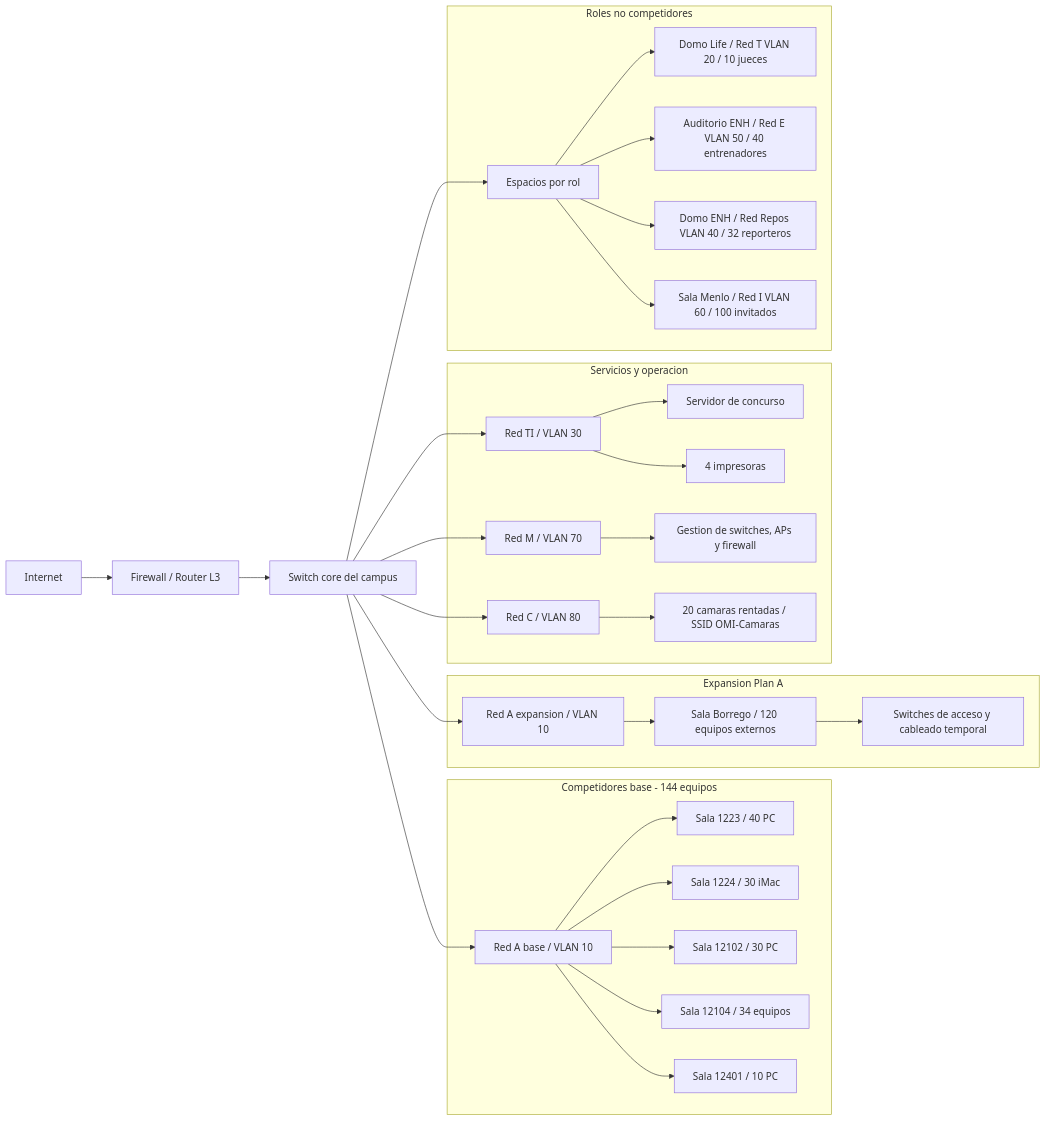
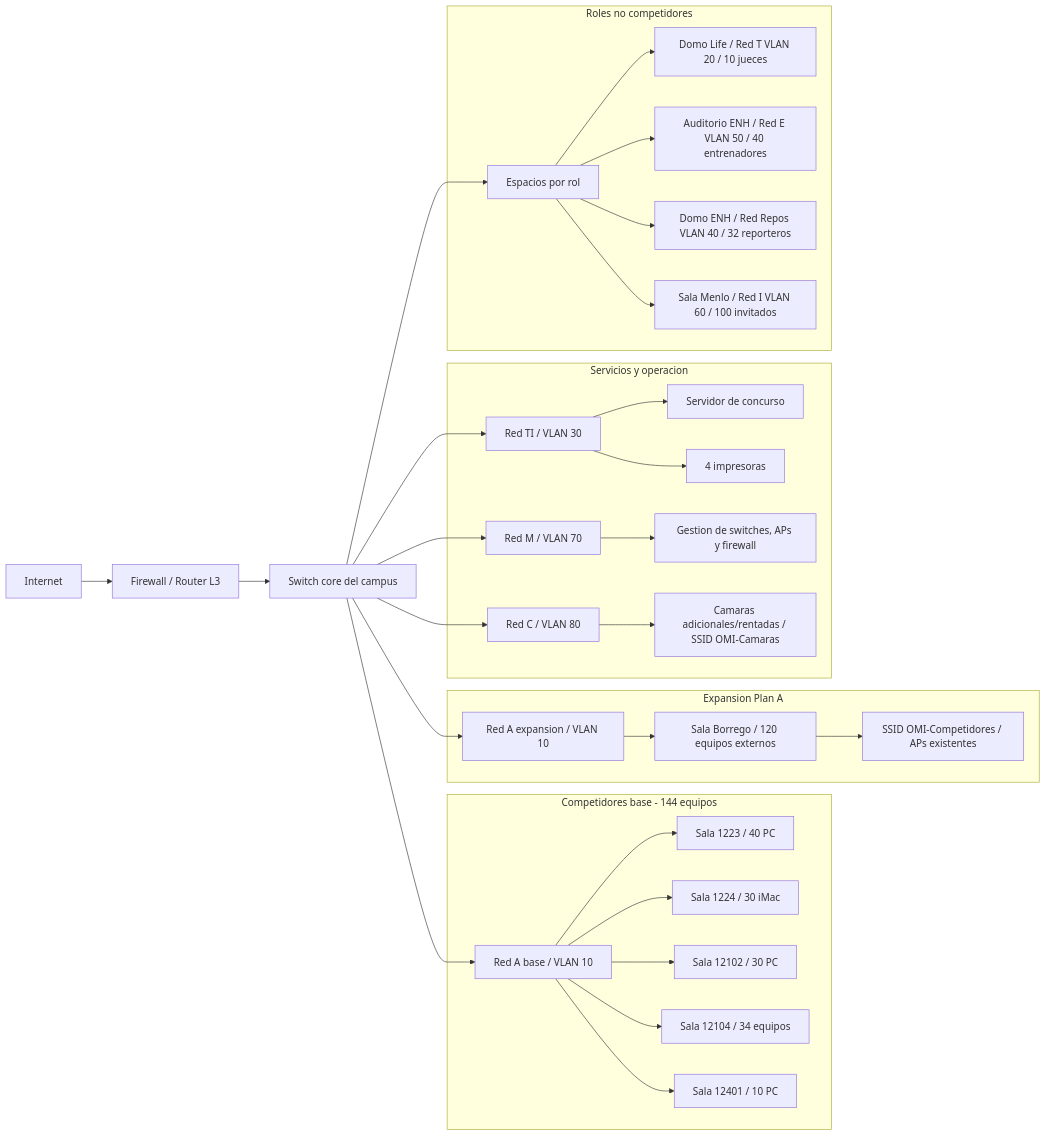
Before and after one commit to Alanzphy/networking_project: the first of 2 diagrams in docs/entregables/ActReto01-bosquejos-red.md, drawn with Mermaid. The commit also changed other lines of this file and 17 other files, not shown here.

````diff
--- a/docs/entregables/ActReto01-bosquejos-red.md
+++ b/docs/entregables/ActReto01-bosquejos-red.md
@@ -7,47 +7,47 @@
 ```mermaid
 ---
 config:
   theme: default
   layout: dagre
   fontFamily: '''Recursive Variable'', sans-serif'
   themeVariables:
     fontFamily: '''Recursive Variable'', sans-serif'
 ---
 flowchart LR
     internet[Internet] --> firewall[Firewall / Router L3]
     firewall --> core[Switch core del campus]
 
     core --> redABase[Red A base / VLAN 10]
     core --> redAExpansion[Red A expansion / VLAN 10]
     core --> roles[Espacios por rol]
     core --> redTI[Red TI / VLAN 30]
     core --> redM[Red M / VLAN 70]
     core --> redC[Red C / VLAN 80]
 
     subgraph base["Competidores base - 144 equipos"]
         redABase --> s1223[Sala 1223 / 40 PC]
         redABase --> s1224[Sala 1224 / 30 iMac]
         redABase --> s12102[Sala 12102 / 30 PC]
         redABase --> s12104[Sala 12104 / 34 equipos]
         redABase --> s12401[Sala 12401 / 10 PC]
     end
 
     subgraph expansionA["Expansion Plan A"]
         redAExpansion --> borrego[Sala Borrego / 120 equipos externos]
-        borrego --> swBorrego[Switches de acceso y cableado temporal]
+        borrego --> wifiBorrego[SSID OMI-Competidores / APs existentes]
     end
 
     subgraph servicios["Servicios y operacion"]
         redTI --> servidor[Servidor de concurso]
         redTI --> impresoras[4 impresoras]
         redM --> gestion[Gestion de switches, APs y firewall]
-        redC --> camaras[20 camaras rentadas / SSID OMI-Camaras]
+        redC --> camaras[Camaras adicionales/rentadas / SSID OMI-Camaras]
     end
 
     subgraph espacios["Roles no competidores"]
         roles --> jueces[Domo Life / Red T VLAN 20 / 10 jueces]
         roles --> entrenadores[Auditorio ENH / Red E VLAN 50 / 40 entrenadores]
         roles --> reporteros[Domo ENH / Red Repos VLAN 40 / 32 reporteros]
         roles --> invitados[Sala Menlo / Red I VLAN 60 / 100 invitados]
     end
 ```
````
